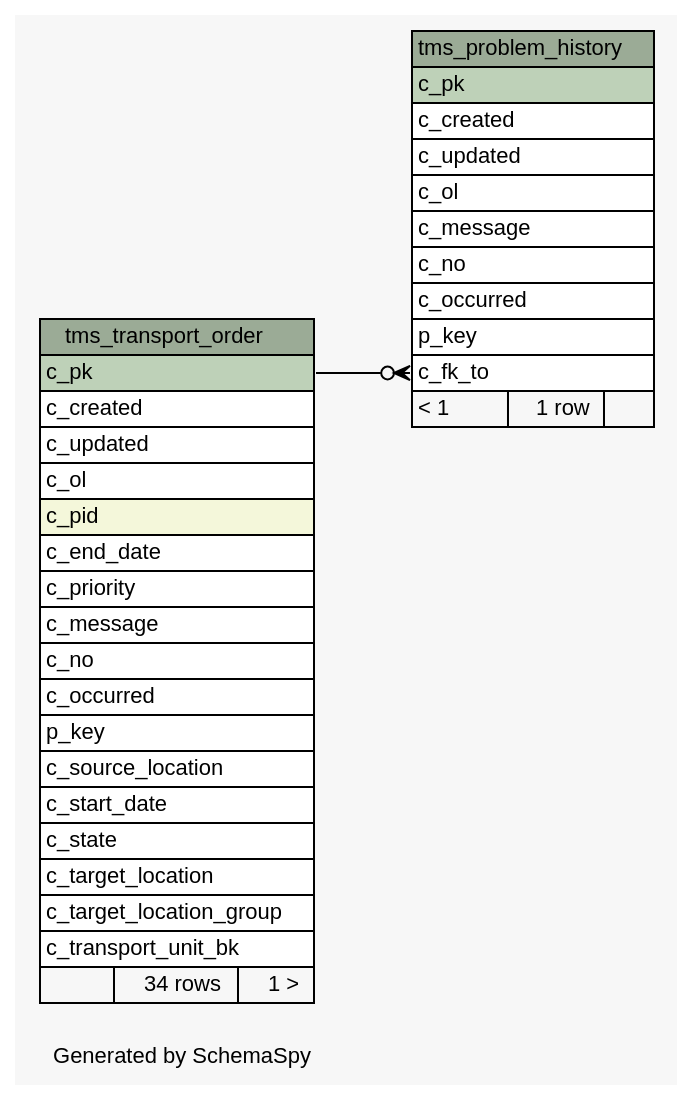
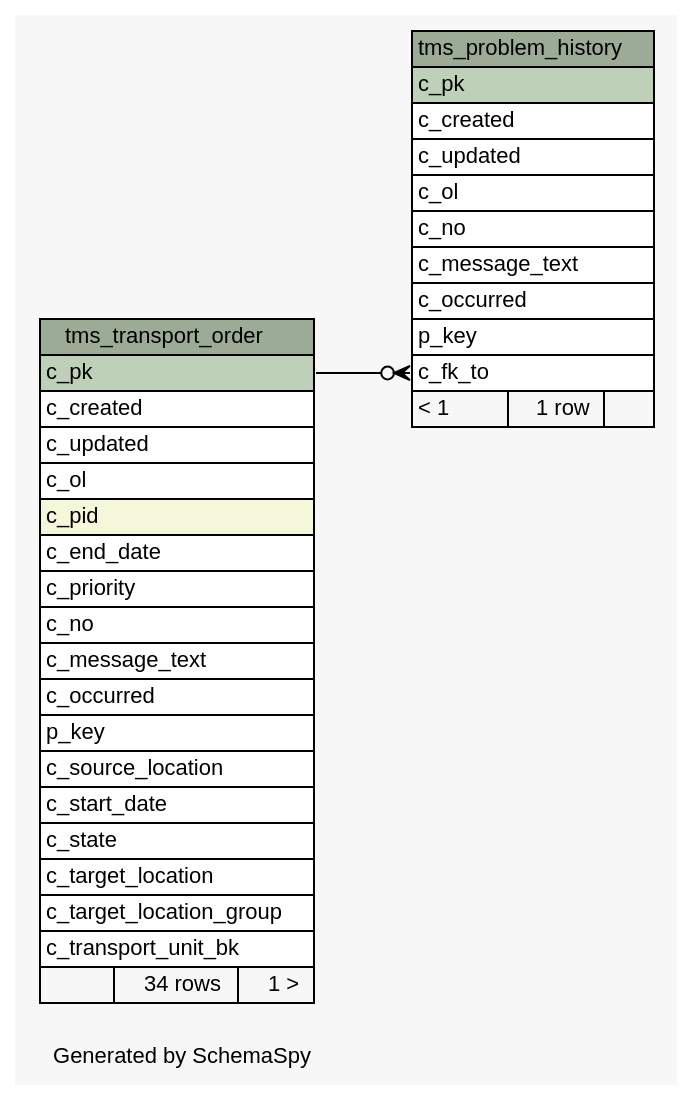
Before and after one commit to openwms/org.openwms.tms.transportation: the diagram in 2.0.0-SNAPSHOT/schemaspy/diagrams/summary/relationships.real.large.dot, drawn with Graphviz. The commit also changed 263 other files, not shown here.

```diff
--- a/2.0.0-SNAPSHOT/schemaspy/diagrams/summary/relationships.real.large.dot
+++ b/2.0.0-SNAPSHOT/schemaspy/diagrams/summary/relationships.real.large.dot
@@ -1,67 +1,67 @@
 // dot 2.43.0 on Linux 5.13.0-1022-azure
 // SchemaSpy rev Unknown
 digraph "largeRelationshipsDiagram" {
   graph [
     rankdir="RL"
     bgcolor="#f7f7f7"
     label="\nGenerated by SchemaSpy"
     labeljust="l"
     nodesep="0.18"
     ranksep="0.46"
     fontname="Helvetica"
     fontsize="11"
   ];
   node [
     fontname="Helvetica"
     fontsize="11"
     shape="plaintext"
   ];
   edge [
     arrowsize="0.8"
   ];
   "tms_problem_history" [
     label=<
     <TABLE BORDER="0" CELLBORDER="1" CELLSPACING="0" BGCOLOR="#ffffff">
       <TR><TD COLSPAN="3" BGCOLOR="#9bab96" ALIGN="CENTER">tms_problem_history</TD></TR>
       <TR><TD PORT="c_pk" COLSPAN="3" BGCOLOR="#bed1b8" ALIGN="LEFT">c_pk</TD></TR>
       <TR><TD PORT="c_created" COLSPAN="3" ALIGN="LEFT">c_created</TD></TR>
       <TR><TD PORT="c_updated" COLSPAN="3" ALIGN="LEFT">c_updated</TD></TR>
       <TR><TD PORT="c_ol" COLSPAN="3" ALIGN="LEFT">c_ol</TD></TR>
-      <TR><TD PORT="c_message" COLSPAN="3" ALIGN="LEFT">c_message</TD></TR>
       <TR><TD PORT="c_no" COLSPAN="3" ALIGN="LEFT">c_no</TD></TR>
+      <TR><TD PORT="c_message_text" COLSPAN="3" ALIGN="LEFT">c_message_text</TD></TR>
       <TR><TD PORT="c_occurred" COLSPAN="3" ALIGN="LEFT">c_occurred</TD></TR>
       <TR><TD PORT="p_key" COLSPAN="3" ALIGN="LEFT">p_key</TD></TR>
       <TR><TD PORT="c_fk_to" COLSPAN="3" ALIGN="LEFT">c_fk_to</TD></TR>
       <TR><TD ALIGN="LEFT" BGCOLOR="#f7f7f7">&lt; 1</TD><TD ALIGN="RIGHT" BGCOLOR="#f7f7f7">1 row</TD><TD ALIGN="RIGHT" BGCOLOR="#f7f7f7">  </TD></TR>
     </TABLE>>
     URL="tables/tms_problem_history.html"
     tooltip="tms_problem_history"
   ];
   "tms_transport_order" [
     label=<
     <TABLE BORDER="0" CELLBORDER="1" CELLSPACING="0" BGCOLOR="#ffffff">
       <TR><TD COLSPAN="3" BGCOLOR="#9bab96" ALIGN="CENTER">tms_transport_order</TD></TR>
       <TR><TD PORT="c_pk" COLSPAN="3" BGCOLOR="#bed1b8" ALIGN="LEFT">c_pk</TD></TR>
       <TR><TD PORT="c_created" COLSPAN="3" ALIGN="LEFT">c_created</TD></TR>
       <TR><TD PORT="c_updated" COLSPAN="3" ALIGN="LEFT">c_updated</TD></TR>
       <TR><TD PORT="c_ol" COLSPAN="3" ALIGN="LEFT">c_ol</TD></TR>
       <TR><TD PORT="c_pid" COLSPAN="3" BGCOLOR="#f4f7da" ALIGN="LEFT">c_pid</TD></TR>
       <TR><TD PORT="c_end_date" COLSPAN="3" ALIGN="LEFT">c_end_date</TD></TR>
       <TR><TD PORT="c_priority" COLSPAN="3" ALIGN="LEFT">c_priority</TD></TR>
-      <TR><TD PORT="c_message" COLSPAN="3" ALIGN="LEFT">c_message</TD></TR>
       <TR><TD PORT="c_no" COLSPAN="3" ALIGN="LEFT">c_no</TD></TR>
+      <TR><TD PORT="c_message_text" COLSPAN="3" ALIGN="LEFT">c_message_text</TD></TR>
       <TR><TD PORT="c_occurred" COLSPAN="3" ALIGN="LEFT">c_occurred</TD></TR>
       <TR><TD PORT="p_key" COLSPAN="3" ALIGN="LEFT">p_key</TD></TR>
       <TR><TD PORT="c_source_location" COLSPAN="3" ALIGN="LEFT">c_source_location</TD></TR>
       <TR><TD PORT="c_start_date" COLSPAN="3" ALIGN="LEFT">c_start_date</TD></TR>
       <TR><TD PORT="c_state" COLSPAN="3" ALIGN="LEFT">c_state</TD></TR>
       <TR><TD PORT="c_target_location" COLSPAN="3" ALIGN="LEFT">c_target_location</TD></TR>
       <TR><TD PORT="c_target_location_group" COLSPAN="3" ALIGN="LEFT">c_target_location_group</TD></TR>
       <TR><TD PORT="c_transport_unit_bk" COLSPAN="3" ALIGN="LEFT">c_transport_unit_bk</TD></TR>
       <TR><TD ALIGN="LEFT" BGCOLOR="#f7f7f7">  </TD><TD ALIGN="RIGHT" BGCOLOR="#f7f7f7">34 rows</TD><TD ALIGN="RIGHT" BGCOLOR="#f7f7f7">1 &gt;</TD></TR>
     </TABLE>>
     URL="tables/tms_transport_order.html"
     tooltip="tms_transport_order"
   ];
   "tms_problem_history":"c_fk_to":w -> "tms_transport_order":"c_pk":e [arrowhead=none dir=back arrowtail=crowodot];
 }
```
